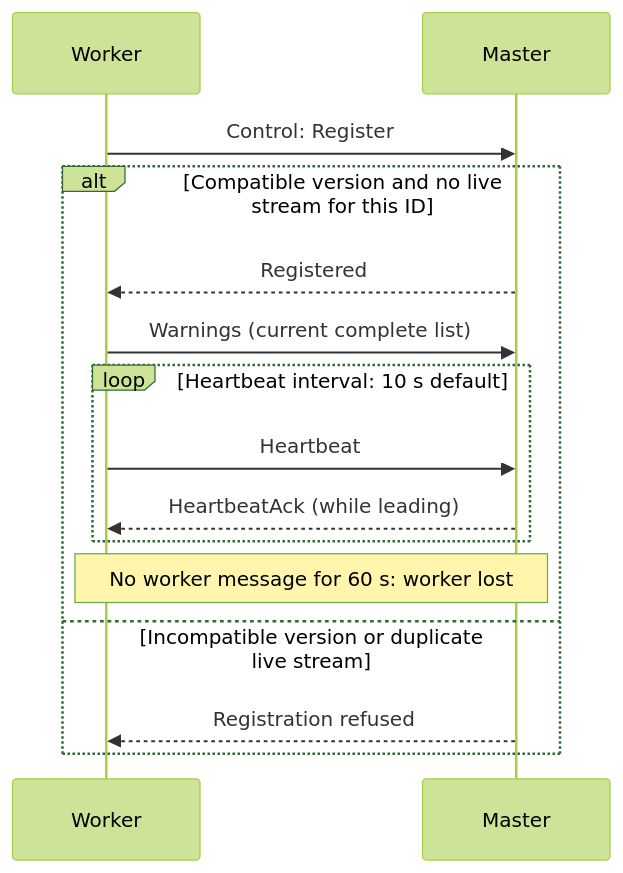
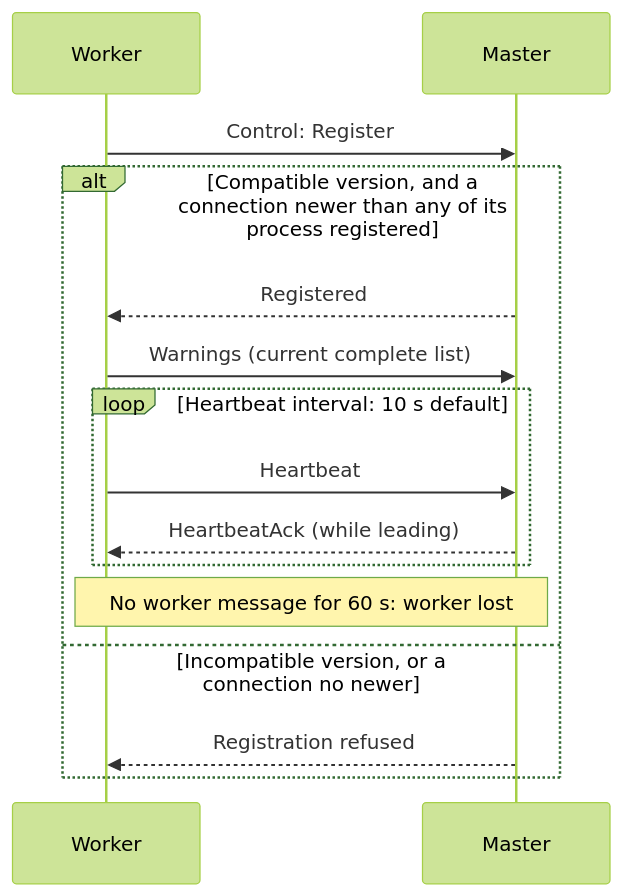
The first of 18 diagrams in docs/03-guide/15-protocol.md (ptutak/schedr), drawn with Mermaid (forest theme) before and after one commit. The commit also changed other lines of this file and 155 other files, not shown here.

````diff
--- a/docs/03-guide/15-protocol.md
+++ b/docs/03-guide/15-protocol.md
@@ -10,17 +10,17 @@
 ```{mermaid}
 sequenceDiagram
     participant W as Worker
     participant M as Master
     W->>M: Control: Register
-    alt Compatible version and no live stream for this ID
+    alt Compatible version, and a connection newer than any of its process registered
         M-->>W: Registered
         W->>M: Warnings (current complete list)
         loop Heartbeat interval: 10 s default
             W->>M: Heartbeat
             M-->>W: HeartbeatAck (while leading)
         end
         Note over W,M: No worker message for 60 s: worker lost
-    else Incompatible version or duplicate live stream
+    else Incompatible version, or a connection no newer
         M-->>W: Registration refused
     end
 ```
````
